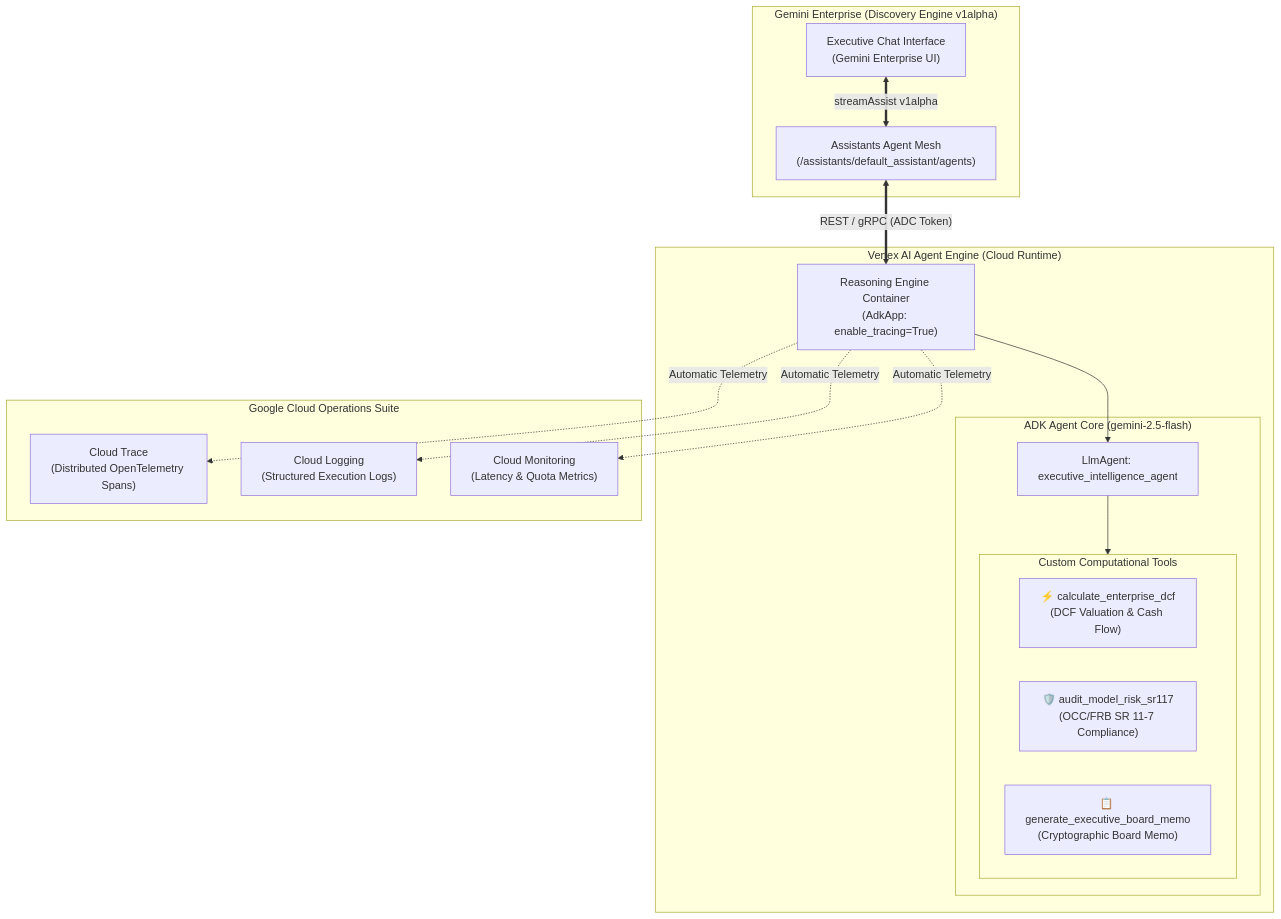
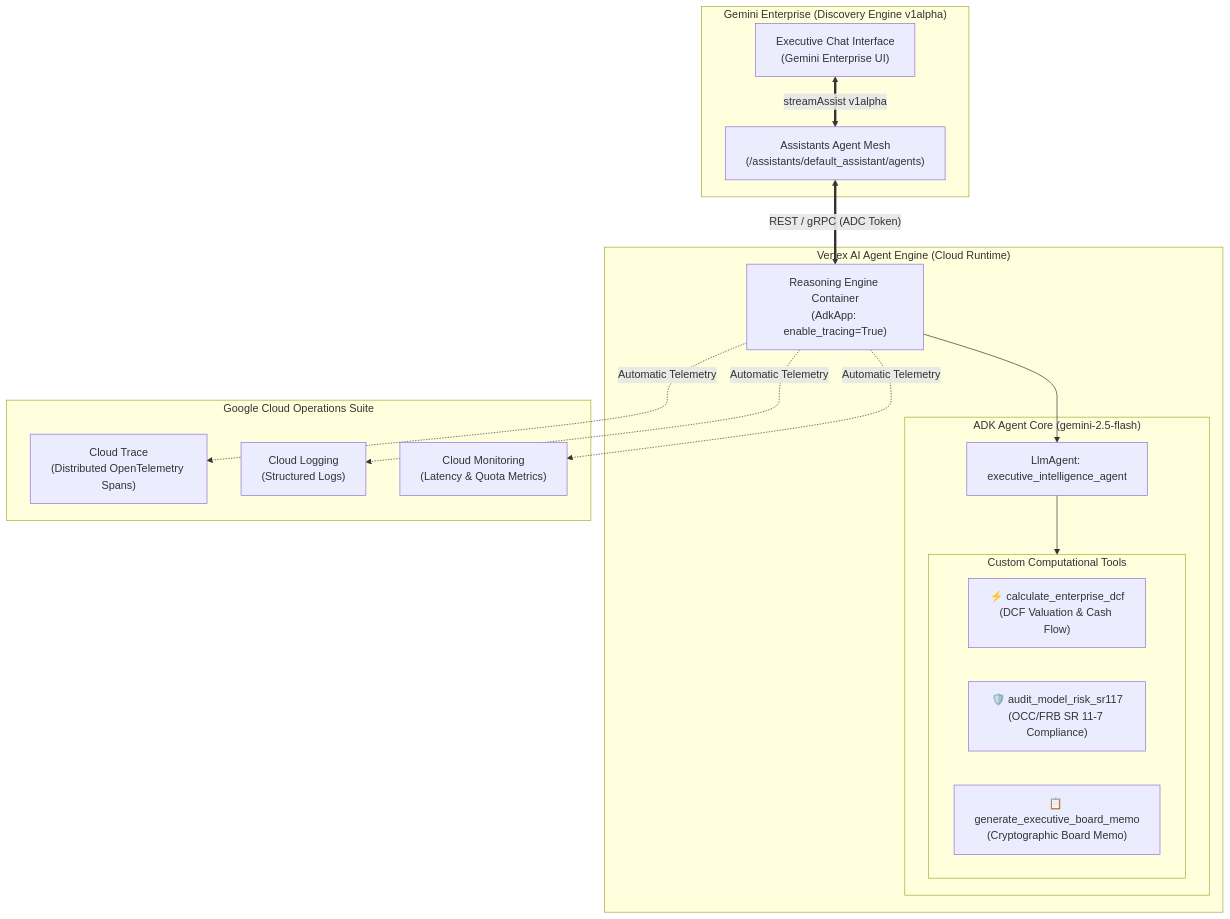
The diagram in semiautonomous-agents/adk-gemini-enterprise-e2e/README.md (jchavezar/vertex-ai-samples), drawn with Mermaid before and after one commit. The commit also changed other lines of this file and 2 other files, not shown here.

Commit message:
docs(adk-e2e): update documentation with live Vertex AI reasoning engine ID, Gemini Enterprise registration proof, and Cloud Trace evidence

````diff
--- a/semiautonomous-agents/adk-gemini-enterprise-e2e/README.md
+++ b/semiautonomous-agents/adk-gemini-enterprise-e2e/README.md
@@ -25,35 +25,35 @@
 ```mermaid
 flowchart TD
     subgraph GEMINI_ENTERPRISE ["Gemini Enterprise (Discovery Engine v1alpha)"]
         UserUI["Executive Chat Interface\n(Gemini Enterprise UI)"]
         AssistAPI["Assistants Agent Mesh\n(/assistants/default_assistant/agents)"]
     end
 
     subgraph AGENT_ENGINE_RUNTIME ["Vertex AI Agent Engine (Cloud Runtime)"]
         AE["Reasoning Engine Container\n(AdkApp: enable_tracing=True)"]
         
         subgraph ADK_CORE ["ADK Agent Core (gemini-2.5-flash)"]
             RootAgent["LlmAgent: executive_intelligence_agent"]
             
             subgraph TOOLS ["Custom Computational Tools"]
                 T1["⚡ calculate_enterprise_dcf\n(DCF Valuation & Cash Flow)"]
                 T2["🛡️ audit_model_risk_sr117\n(OCC/FRB SR 11-7 Compliance)"]
                 T3["📋 generate_executive_board_memo\n(Cryptographic Board Memo)"]
             end
         end
     end
 
     subgraph OBSERVABILITY ["Google Cloud Operations Suite"]
         Trace["Cloud Trace\n(Distributed OpenTelemetry Spans)"]
-        Logging["Cloud Logging\n(Structured Execution Logs)"]
+        Logging["Cloud Logging\n(Structured Logs)"]
         Monitoring["Cloud Monitoring\n(Latency & Quota Metrics)"]
     end
 
     UserUI <== "streamAssist v1alpha" ==> AssistAPI
     AssistAPI <== "REST / gRPC (ADC Token)" ==> AE
     AE --> RootAgent
     RootAgent --> TOOLS
     AE -.->|Automatic Telemetry| Trace
     AE -.->|Automatic Telemetry| Logging
     AE -.->|Automatic Telemetry| Monitoring
 ```
````
